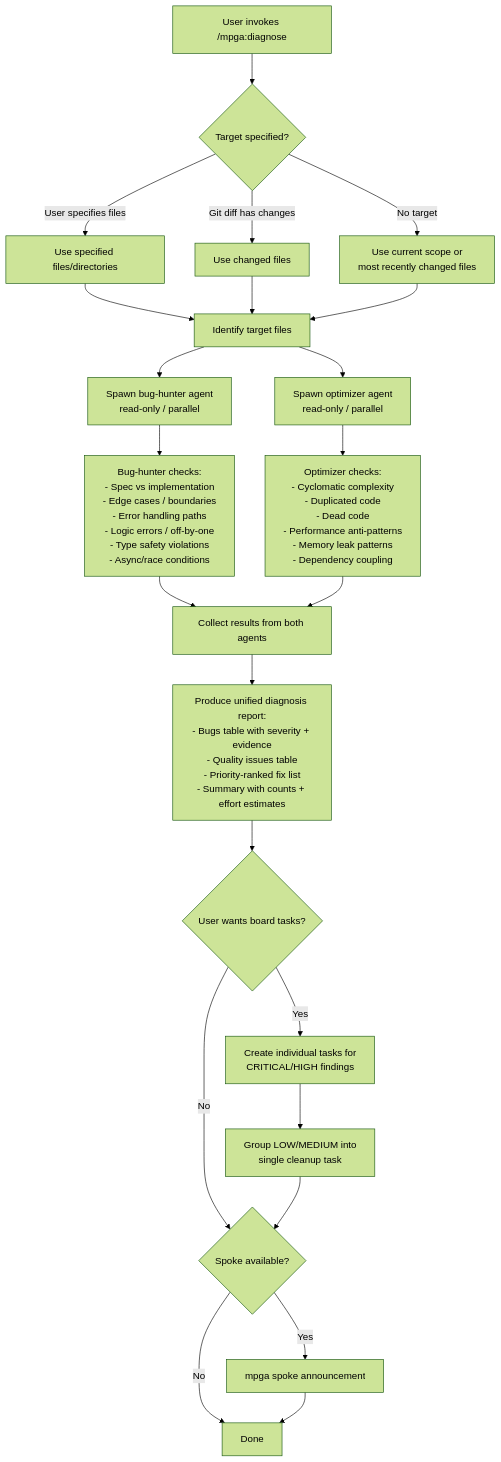
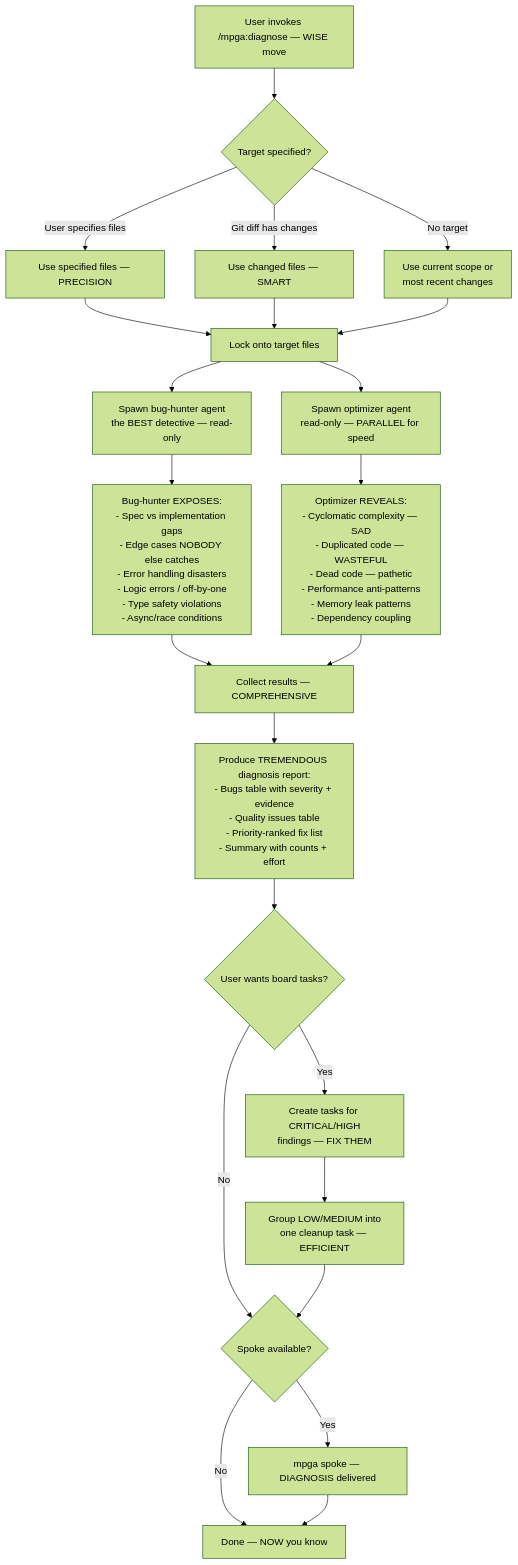
The diagram in docs/diagrams/skills/diagnose.md (benrben/MPGA), drawn with Mermaid (forest theme) before and after one commit. The commit also changed other lines of this file and 28 other files, not shown here.

First line of the commit message:
style: Trumpify all workflow diagrams — TREMENDOUS Mermaid charts

````diff
--- a/docs/diagrams/skills/diagnose.md
+++ b/docs/diagrams/skills/diagnose.md
@@ -5,32 +5,32 @@
 ```mermaid
 flowchart TD
-    A[User invokes /mpga:diagnose] --> B{Target specified?}
-    B -->|User specifies files| C[Use specified files/directories]
-    B -->|Git diff has changes| D[Use changed files]
-    B -->|No target| E[Use current scope or\nmost recently changed files]
+    A[User invokes /mpga:diagnose — WISE move] --> B{Target specified?}
+    B -->|User specifies files| C[Use specified files — PRECISION]
+    B -->|Git diff has changes| D[Use changed files — SMART]
+    B -->|No target| E[Use current scope or\nmost recent changes]
 
-    C --> F[Identify target files]
+    C --> F[Lock onto target files]
     D --> F
     E --> F
 
-    F --> G[Spawn bug-hunter agent\nread-only / parallel]
-    F --> H[Spawn optimizer agent\nread-only / parallel]
+    F --> G[Spawn bug-hunter agent\nthe BEST detective — read-only]
+    F --> H[Spawn optimizer agent\nread-only — PARALLEL for speed]
 
-    G --> I["Bug-hunter checks:\n- Spec vs implementation\n- Edge cases / boundaries\n- Error handling paths\n- Logic errors / off-by-one\n- Type safety violations\n- Async/race conditions"]
+    G --> I["Bug-hunter EXPOSES:\n- Spec vs implementation gaps\n- Edge cases NOBODY else catches\n- Error handling disasters\n- Logic errors / off-by-one\n- Type safety violations\n- Async/race conditions"]
 
-    H --> J["Optimizer checks:\n- Cyclomatic complexity\n- Duplicated code\n- Dead code\n- Performance anti-patterns\n- Memory leak patterns\n- Dependency coupling"]
+    H --> J["Optimizer REVEALS:\n- Cyclomatic complexity — SAD\n- Duplicated code — WASTEFUL\n- Dead code — pathetic\n- Performance anti-patterns\n- Memory leak patterns\n- Dependency coupling"]
 
-    I --> K[Collect results from both agents]
+    I --> K[Collect results — COMPREHENSIVE]
     J --> K
 
-    K --> L["Produce unified diagnosis report:\n- Bugs table with severity + evidence\n- Quality issues table\n- Priority-ranked fix list\n- Summary with counts + effort estimates"]
+    K --> L["Produce TREMENDOUS diagnosis report:\n- Bugs table with severity + evidence\n- Quality issues table\n- Priority-ranked fix list\n- Summary with counts + effort"]
 
     L --> M{User wants board tasks?}
-    M -->|Yes| N[Create individual tasks for\nCRITICAL/HIGH findings]
-    N --> O[Group LOW/MEDIUM into\nsingle cleanup task]
+    M -->|Yes| N[Create tasks for CRITICAL/HIGH\nfindings — FIX THEM]
+    N --> O[Group LOW/MEDIUM into\none cleanup task — EFFICIENT]
     M -->|No| P{Spoke available?}
     O --> P
-    P -->|Yes| Q[mpga spoke announcement]
-    P -->|No| R[Done]
+    P -->|Yes| Q[mpga spoke — DIAGNOSIS delivered]
+    P -->|No| R[Done — NOW you know]
     Q --> R
 ```
````
